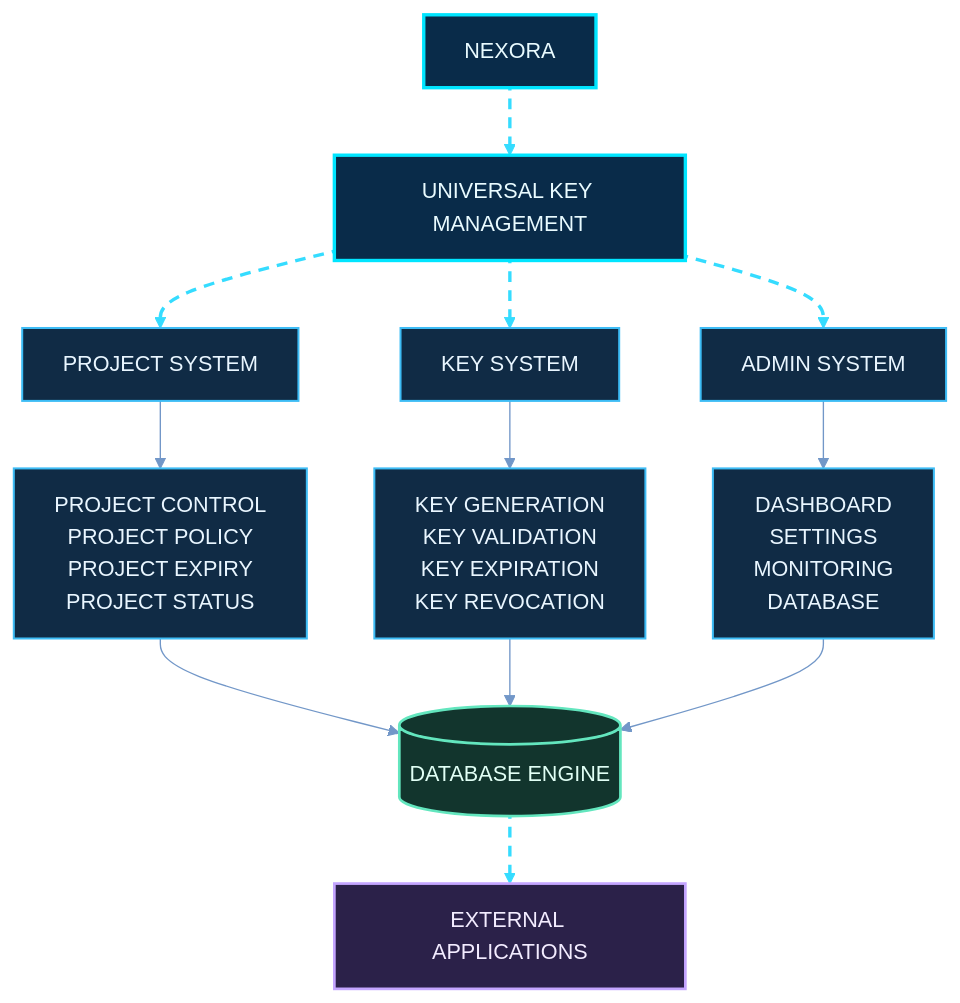
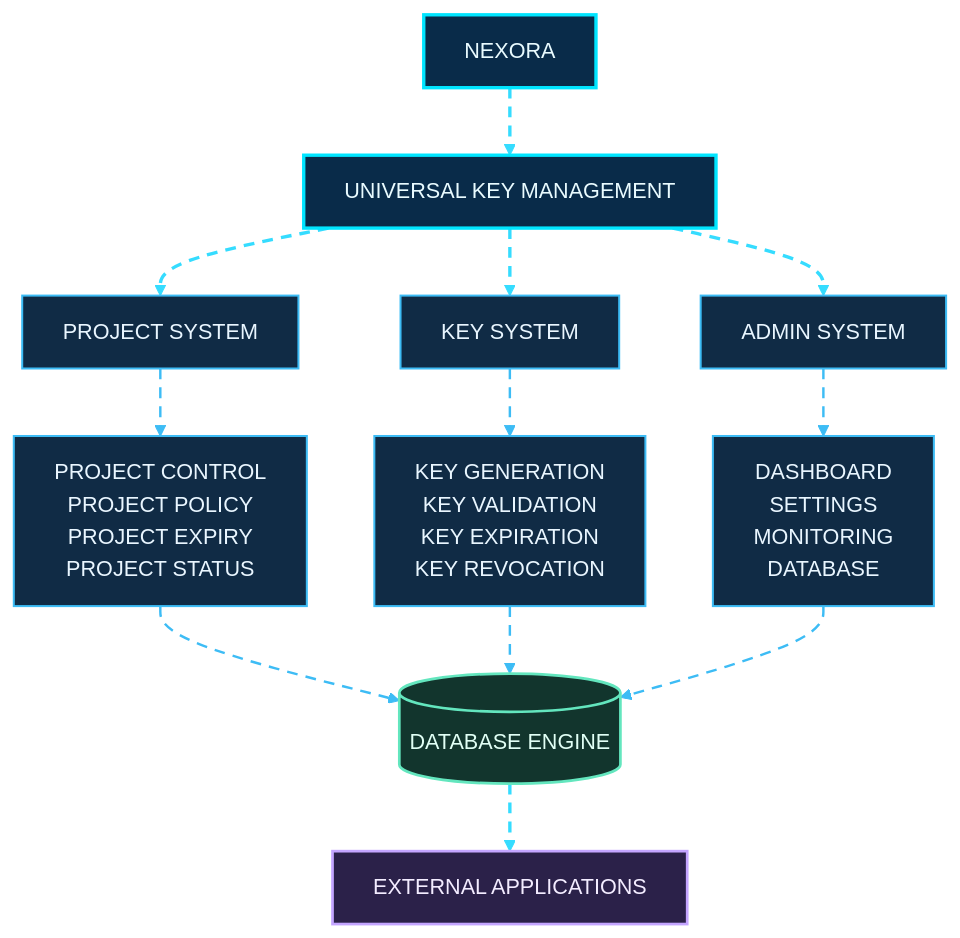
One commit to shajeduzzamanenan992008inc/NexOra-Database-key-Gen changed the first of 23 diagrams in README.md. Above: the diagram before and after it, drawn with Mermaid. The commit also changed other lines of this file and 484 other files, not shown here.

````diff
--- a/README.md
+++ b/README.md
@@ -154,34 +154,38 @@
 ```mermaid
-%%{init: {"theme":"base","themeVariables":{"darkMode":true,"background":"#07111f","primaryColor":"#102744","primaryTextColor":"#e8f7ff","primaryBorderColor":"#00d9ff","lineColor":"#7297c8","secondaryColor":"#261d45","secondaryTextColor":"#f3eaff","secondaryBorderColor":"#a78bfa","tertiaryColor":"#12332b","tertiaryTextColor":"#e0fff1","tertiaryBorderColor":"#41e6a2","fontFamily":"Inter, Segoe UI, sans-serif","edgeLabelBackground":"#101d34","mainBkg":"#102744","nodeBorder":"#00d9ff","clusterBkg":"#0b1930","clusterBorder":"#6f7dff","actorBkg":"#102744","actorBorder":"#00d9ff","actorTextColor":"#e8f7ff","signalColor":"#64d8ff","signalTextColor":"#e8f7ff","noteBkgColor":"#0e332b","noteBorderColor":"#41e6a2","noteTextColor":"#e0fff1"}}}%%
+%%{init: {"theme":"base","themeVariables":{"darkMode":true,"background":"#07111f","primaryColor":"#102744","primaryTextColor":"#e8f7ff","primaryBorderColor":"#00d9ff","lineColor":"#7297c8","secondaryColor":"#261d45","secondaryTextColor":"#f3eaff","secondaryBorderColor":"#a78bfa","tertiaryColor":"#12332b","tertiaryTextColor":"#e0fff1","tertiaryBorderColor":"#41e6a2","fontFamily":"Inter, Segoe UI, sans-serif","edgeLabelBackground":"#101d34","mainBkg":"#102744","nodeBorder":"#00d9ff","clusterBkg":"#0b1930","clusterBorder":"#6f7dff","actorBkg":"#102744","actorBorder":"#00d9ff","actorTextColor":"#e8f7ff","signalColor":"#64d8ff","signalTextColor":"#e8f7ff","noteBkgColor":"#0e332b","noteBorderColor":"#41e6a2","noteTextColor":"#e0fff1"},"flowchart":{"wrappingWidth":420}}}%%
 flowchart TB
     N["NEXORA"] nx01e01@--> U["UNIVERSAL KEY MANAGEMENT"]
     U nx01e02@--> P["PROJECT SYSTEM"]
     U nx01e03@--> K["KEY SYSTEM"]
     U nx01e04@--> A["ADMIN SYSTEM"]
-    P --> P1["PROJECT CONTROL<br/>PROJECT POLICY<br/>PROJECT EXPIRY<br/>PROJECT STATUS"]
-    K --> K1["KEY GENERATION<br/>KEY VALIDATION<br/>KEY EXPIRATION<br/>KEY REVOCATION"]
-    A --> A1["DASHBOARD<br/>SETTINGS<br/>MONITORING<br/>DATABASE"]
-    P1 --> D[("DATABASE ENGINE")]
-    K1 --> D
-    A1 --> D
+    P nx01e06@--> P1["PROJECT CONTROL<br/>PROJECT POLICY<br/>PROJECT EXPIRY<br/>PROJECT STATUS"]
+    K nx01e07@--> K1["KEY GENERATION<br/>KEY VALIDATION<br/>KEY EXPIRATION<br/>KEY REVOCATION"]
+    A nx01e08@--> A1["DASHBOARD<br/>SETTINGS<br/>MONITORING<br/>DATABASE"]
+    P1 nx01e09@--> D[("DATABASE ENGINE")]
+    K1 nx01e10@--> D
+    A1 nx01e11@--> D
     D nx01e05@--> E["EXTERNAL APPLICATIONS"]
 
-    %% OMEGA NEX-ORA visual classes
     %% OMEGA NEX-ORA / ULTRA NEON PALETTE
     classDef nxCore fill:#092b49,stroke:#00e5ff,stroke-width:2.5px,color:#e9fbff;
     classDef nxProcess fill:#102b45,stroke:#3dbcf5,stroke-width:1.5px,color:#e9f6ff;
     classDef nxDecision fill:#2b2050,stroke:#b38cff,stroke-width:2px,color:#f3edff;
     classDef nxSuccess fill:#0d3b2c,stroke:#3fffa0,stroke-width:2px,color:#e0fff0;
     classDef nxDanger fill:#451d30,stroke:#ff6688,stroke-width:2px,color:#fff0f3;
     classDef nxData fill:#12352d,stroke:#63e6be,stroke-width:2px,color:#e1fff5;
     classDef nxExternal fill:#2b2149,stroke:#c4a5ff,stroke-width:2px,color:#f3ecff;
     classDef nxInfo fill:#17253e,stroke:#91a7c9,stroke-width:1.5px,color:#e5efff;
     classDef nxWarning fill:#453116,stroke:#fbbf24,stroke-width:2px,color:#fff6d6;
-    %% Moving dashed route: Mermaid applies this class to explicitly identified edges.
-    classDef nxAnimated stroke:#35dcff,stroke-width:2.5px,stroke-dasharray:8\,6,stroke-dashoffset:1000,animation:dash 24s linear infinite;
+
+    %% Moving dashed flow. LOOP-SAFE RULE: dashoffset must be a multiple of (dash + gap).
+    %% dash 8 + gap 6 = 14 period. 14 x 72 = 1008, so the loop restarts with no jump.
+    classDef nxAnimated stroke:#35dcff,stroke-width:2.5px,stroke-dasharray:8\,6,stroke-dashoffset:1008,animation:dash 24s linear infinite;
+    classDef nxAnimatedSoft stroke:#3dbcf5,stroke-width:1.8px,stroke-dasharray:8\,6,stroke-dashoffset:1008,animation:dash 24s linear infinite;
+
     class N,U nxCore;
     class P,K,A,P1,K1,A1 nxProcess;
     class D nxData;
     class E nxExternal;
     class nx01e01,nx01e02,nx01e03,nx01e04,nx01e05 nxAnimated;
+    class nx01e06,nx01e07,nx01e08,nx01e09,nx01e10,nx01e11 nxAnimatedSoft;
 ```
````
